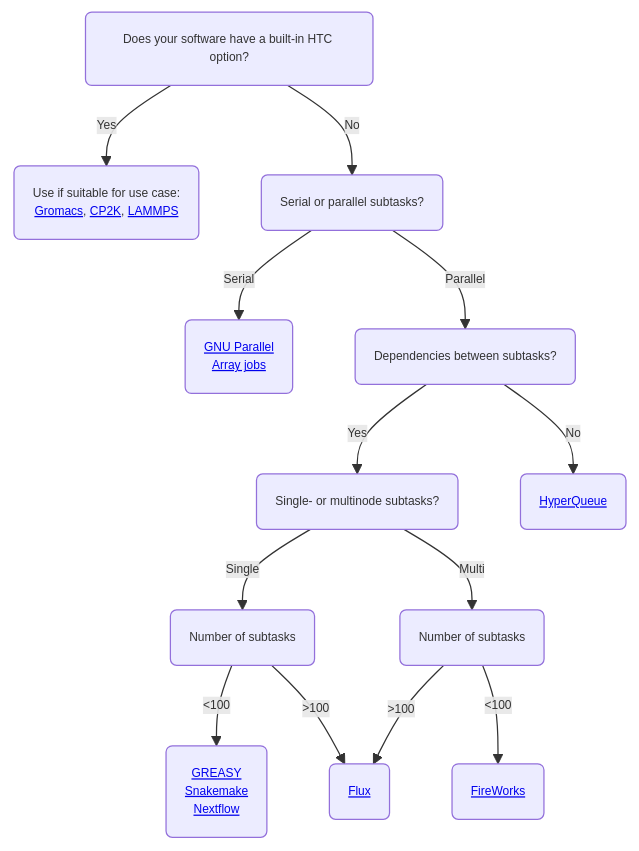
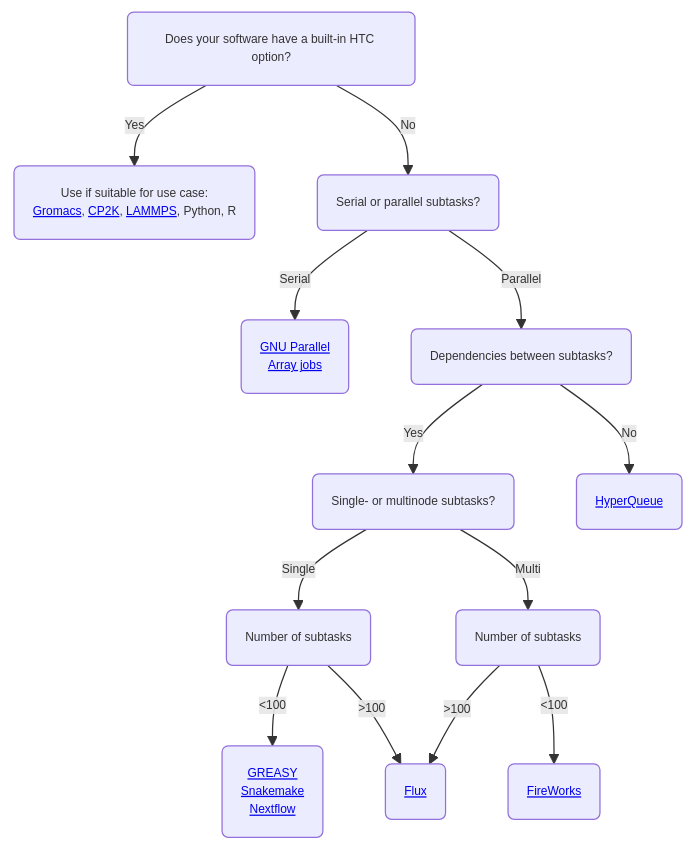
One commit to CSCfi/csc-user-guide changed the first of 2 diagrams in docs/computing/running/throughput.md. Above: the diagram before and after it, drawn with Mermaid. The commit also changed other lines of this file, not shown here.

First line of the commit message:
Add Python and R links to HTC guide (#1371)

````diff
--- a/docs/computing/running/throughput.md
+++ b/docs/computing/running/throughput.md
@@ -50,16 +50,16 @@
 ```mermaid
 %%{init: {'theme': 'default', 'themeVariables': { 'fontSize': '0.6rem'}}}%%
 graph TD
-    C(Does your software have a built-in HTC option?) -->|Yes| D("Use if suitable for use case:<br><a href='/apps/gromacs/#high-throughput-computing-with-gromacs'>Gromacs</a>, <a href='/apps/cp2k/#high-throughput-computing-with-gromacs'>CP2K</a>, <a href='/apps/lammps/#high-throughput-computing-with-gromacs'>LAMMPS</a>")
+    C(Does your software have a built-in HTC option?) -->|Yes| D("Use if suitable for use case:<br><a href='/apps/gromacs/#high-throughput-computing-with-gromacs'>Gromacs</a>, <a href='/apps/cp2k/#high-throughput-computing-with-gromacs'>CP2K</a>, <a href='/apps/lammps/#high-throughput-computing-with-gromacs'>LAMMPS</a>, Python, R ")
     C -->|No| E(Serial or parallel subtasks?)
     E -->|Serial| F(<a href='/support/tutorials/many/'>GNU Parallel</a><br><a href='/computing/running/array-jobs/'>Array jobs</a>)
     E -->|Parallel| G(Dependencies between subtasks?)
     G -->|Yes| H(Single- or multinode subtasks?)
     G -->|No| I(<a href='https://it4innovations.github.io/hyperqueue/stable/'>HyperQueue</a>)
     H -->|Single| J(Number of subtasks)
     H -->|Multi| K(Number of subtasks)
     J -->|<100| M(<a href='/computing/running/greasy/'>GREASY</a><br><a href='https://snakemake.readthedocs.io/en/stable/'>Snakemake</a><br><a href='/support/tutorials/nextflow-puhti/'>Nextflow</a>)
     K -->|<100| O(<a href='/computing/running/fireworks/'>FireWorks</a>)
     J -->|>100| L(<a href='http://flux-framework.org/'>Flux</a>)
     K -->|>100| L
 ```
````
